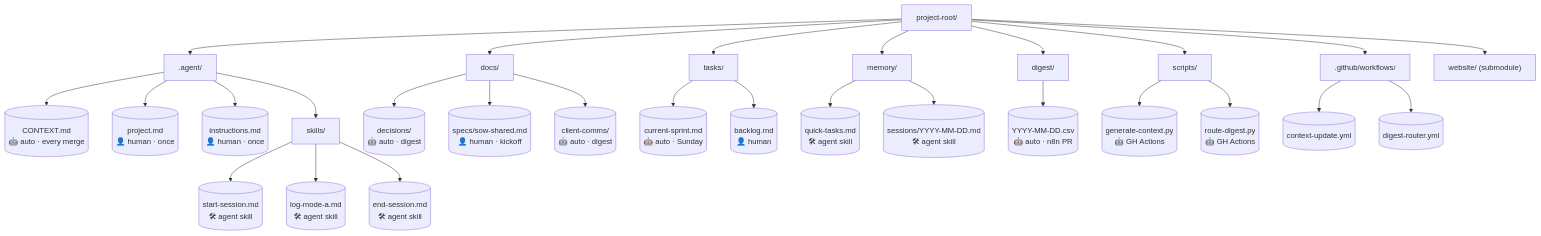
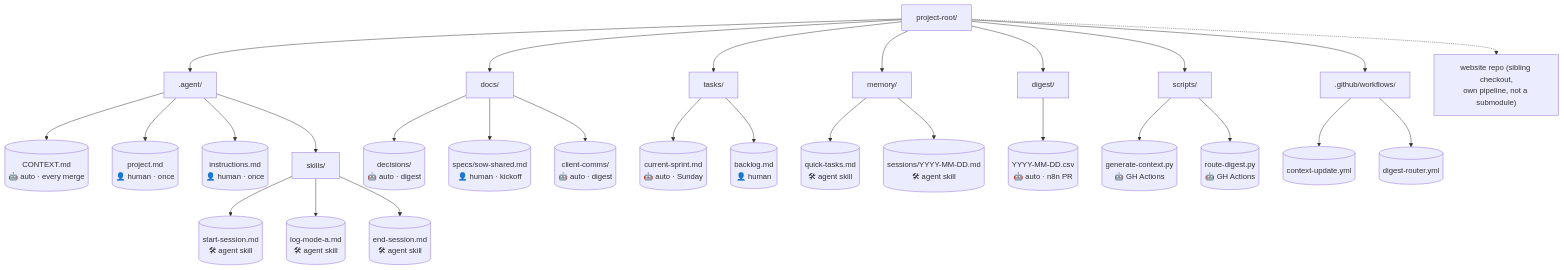
The fifth of 6 diagrams in docs/specs/ATB-Agent-Repo-Mermaid-Diagrams.md (AllThatBrand/project_agentic-workspace-template), drawn with Mermaid before and after one commit. The commit also changed 9 other files, not shown here.

First line of the commit message:
ATB-200: website repo is a separate repo, not a submodule (ADR)

````diff
--- a/docs/specs/ATB-Agent-Repo-Mermaid-Diagrams.md
+++ b/docs/specs/ATB-Agent-Repo-Mermaid-Diagrams.md
@@ -145,39 +145,39 @@
 ```mermaid
 flowchart TD
     ROOT["project-root/"]
 
     ROOT --> AGENT[".agent/"]
     ROOT --> DOCS["docs/"]
     ROOT --> TASKS["tasks/"]
     ROOT --> MEM["memory/"]
     ROOT --> DIG["digest/"]
     ROOT --> SCRIPTS["scripts/"]
     ROOT --> GH[".github/workflows/"]
-    ROOT --> WEB["website/ (submodule)"]
+    ROOT -.-> WEB["website repo (sibling checkout,\nown pipeline, not a submodule)"]
 
     AGENT --> CTX[("CONTEXT.md\n🤖 auto · every merge")]
     AGENT --> PROJ[("project.md\n👤 human · once")]
     AGENT --> INST[("instructions.md\n👤 human · once")]
     AGENT --> SK["skills/"]
     SK --> SS[("start-session.md\n🛠 agent skill")]
     SK --> LM[("log-mode-a.md\n🛠 agent skill")]
     SK --> ES[("end-session.md\n🛠 agent skill")]
 
     DOCS --> DEC[("decisions/\n🤖 auto · digest")]
     DOCS --> SPEC[("specs/sow-shared.md\n👤 human · kickoff")]
     DOCS --> CC[("client-comms/\n🤖 auto · digest")]
 
     TASKS --> CS[("current-sprint.md\n🤖 auto · Sunday")]
     TASKS --> BL[("backlog.md\n👤 human")]
 
     MEM --> QT[("quick-tasks.md\n🛠 agent skill")]
     MEM --> SESS[("sessions/YYYY-MM-DD.md\n🛠 agent skill")]
 
     DIG --> DCSV[("YYYY-MM-DD.csv\n🤖 auto · n8n PR")]
 
     SCRIPTS --> GCP[("generate-context.py\n🤖 GH Actions")]
     SCRIPTS --> RDP[("route-digest.py\n🤖 GH Actions")]
 
     GH --> CUY[("context-update.yml")]
     GH --> DRY[("digest-router.yml")]
 ```
````
